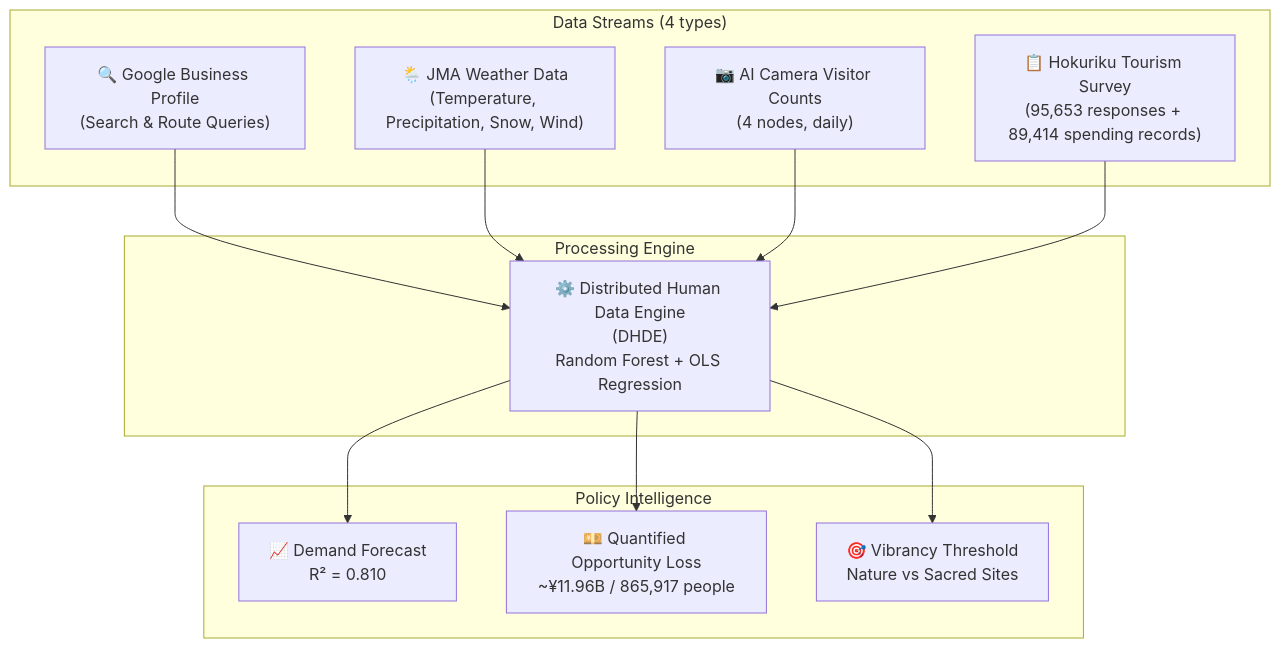
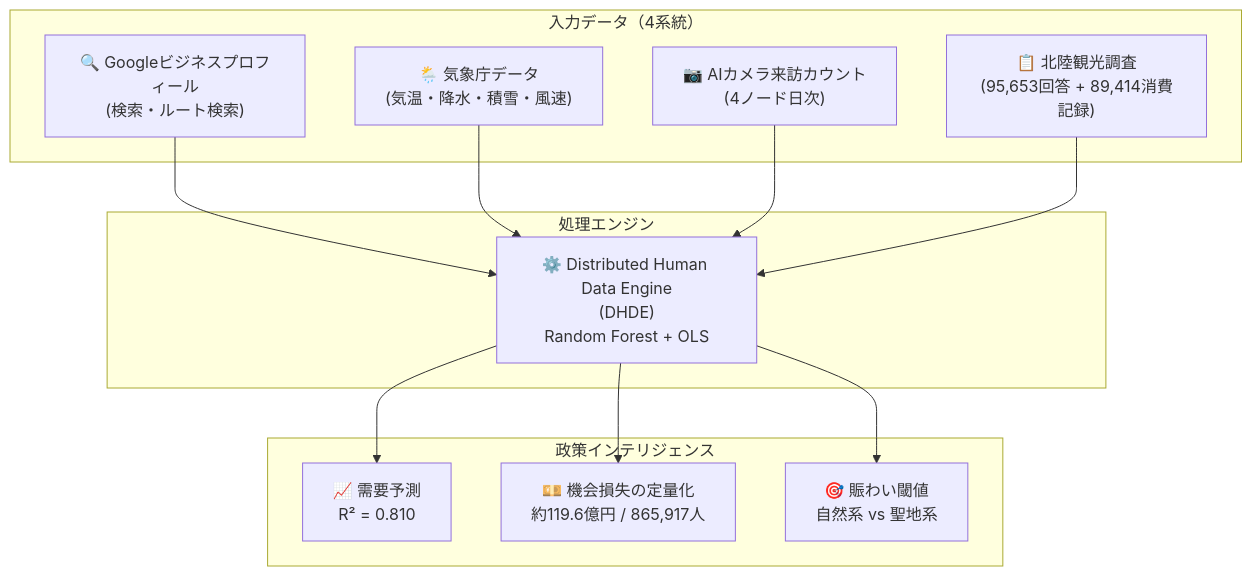
Before and after one commit to dinabelay-hub/hokuriku-tourism-ai-governance: the first of 2 diagrams in output/HOKURIKU_TOURISM_AI_GOVERNANCE_STRATEGY.ja.md, drawn with Mermaid. The commit also changed other lines of this file, not shown here.

````diff
--- a/output/HOKURIKU_TOURISM_AI_GOVERNANCE_STRATEGY.ja.md
+++ b/output/HOKURIKU_TOURISM_AI_GOVERNANCE_STRATEGY.ja.md
@@ -43,24 +43,24 @@
 ```mermaid
 graph TD
-	subgraph Inputs["Data Streams (4 types)"]
-		G["🔍 Google Business Profile<br/>(Search & Route Queries)"]
-		W["🌦️ JMA Weather Data<br/>(Temperature, Precipitation, Snow, Wind)"]
-		C["📷 AI Camera Visitor Counts<br/>(4 nodes, daily)"]
-		S["📋 Hokuriku Tourism Survey<br/>(95,653 responses + 89,414 spending records)"]
-	end
-	subgraph Engine["Processing Engine"]
-		M["⚙️ Distributed Human Data Engine<br/>(DHDE)<br/>Random Forest + OLS Regression"]
-	end
-	subgraph Outputs["Policy Intelligence"]
-		F["📈 Demand Forecast<br/>R² = 0.810"]
-		O["💴 Quantified Opportunity Loss<br/>~¥11.96B / 865,917 people"]
-		V["🎯 Vibrancy Threshold<br/>Nature vs Sacred Sites"]
-	end
-	G --> M
-	W --> M
-	C --> M
-	S --> M
-	M --> F
-	M --> O
-	M --> V
+    subgraph Inputs["入力データ（4系統）"]
+        G["🔍 Googleビジネスプロフィール<br/>(検索・ルート検索)"]
+        W["🌦️ 気象庁データ<br/>(気温・降水・積雪・風速)"]
+        C["📷 AIカメラ来訪カウント<br/>(4ノード日次)"]
+        S["📋 北陸観光調査<br/>(95,653回答 + 89,414消費記録)"]
+    end
+    subgraph Engine["処理エンジン"]
+        M["⚙️ Distributed Human Data Engine<br/>(DHDE)<br/>Random Forest + OLS"]
+    end
+    subgraph Outputs["政策インテリジェンス"]
+        F["📈 需要予測<br/>R² = 0.810"]
+        O["💴 機会損失の定量化<br/>約119.6億円 / 865,917人"]
+        V["🎯 賑わい閾値<br/>自然系 vs 聖地系"]
+    end
+    G --> M
+    W --> M
+    C --> M
+    S --> M
+    M --> F
+    M --> O
+    M --> V
 ```
````
